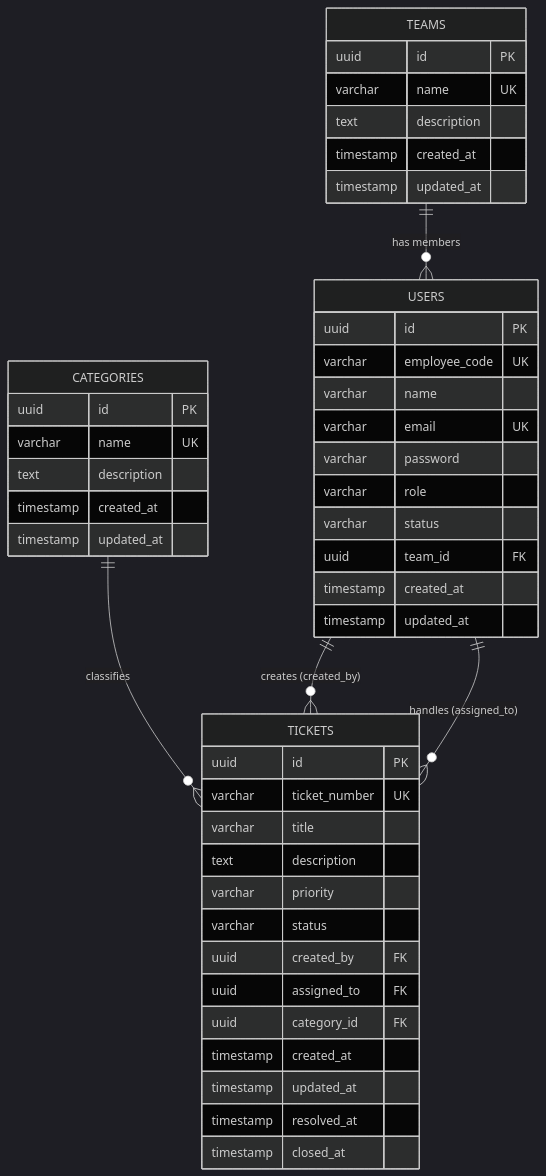
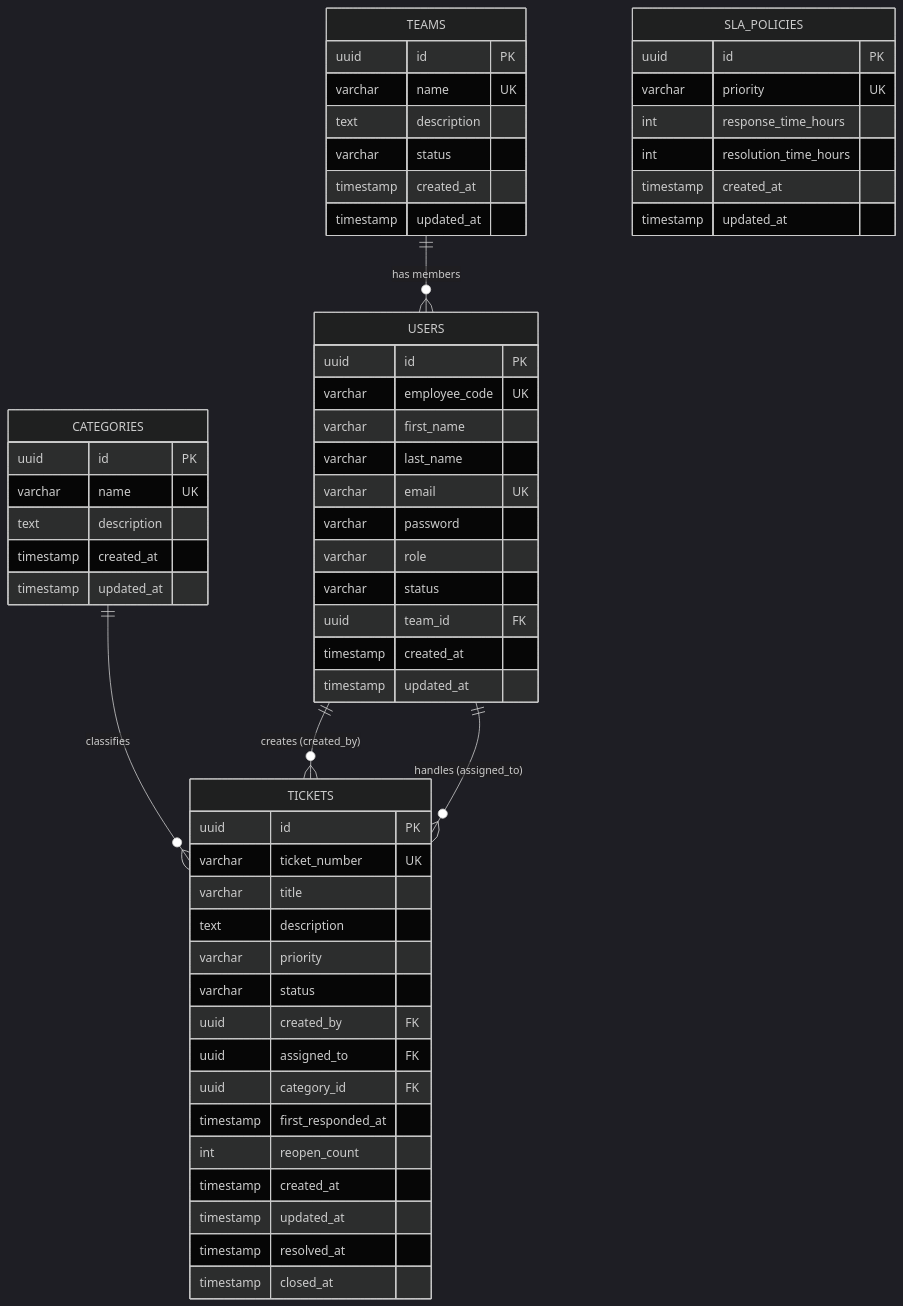
Before and after one commit to kommagallashivanand-maker/deskfloebackenddeployment: the diagram in README.md, drawn with Mermaid (dark theme). The commit also changed 1 other file, not shown here.

Commit message:
Update schema and ERD with SLA policies, first response time, and reopen count fields

````diff
--- a/README.md
+++ b/README.md
@@ -11,52 +11,65 @@
 ```mermaid
 erDiagram
     TEAMS ||--o{ USERS : "has members"
     CATEGORIES ||--o{ TICKETS : "classifies"
     USERS ||--o{ TICKETS : "creates (created_by)"
     USERS ||--o{ TICKETS : "handles (assigned_to)"
 
     TEAMS {
         uuid id PK
         varchar name UK
         text description
+        varchar status
+        timestamp created_at
+        timestamp updated_at
+    }
+
+    SLA_POLICIES {
+        uuid id PK
+        varchar priority UK
+        int response_time_hours
+        int resolution_time_hours
         timestamp created_at
         timestamp updated_at
     }
 
     CATEGORIES {
         uuid id PK
         varchar name UK
         text description
         timestamp created_at
         timestamp updated_at
     }
 
     USERS {
         uuid id PK
         varchar employee_code UK
-        varchar name
+        varchar first_name
+        varchar last_name
         varchar email UK
         varchar password
         varchar role
         varchar status
         uuid team_id FK
         timestamp created_at
         timestamp updated_at
     }
 
     TICKETS {
         uuid id PK
         varchar ticket_number UK
         varchar title
         text description
         varchar priority
         varchar status
         uuid created_by FK
         uuid assigned_to FK
         uuid category_id FK
+        timestamp first_responded_at
+        int reopen_count
         timestamp created_at
         timestamp updated_at
         timestamp resolved_at
         timestamp closed_at
     }
 ```
````
